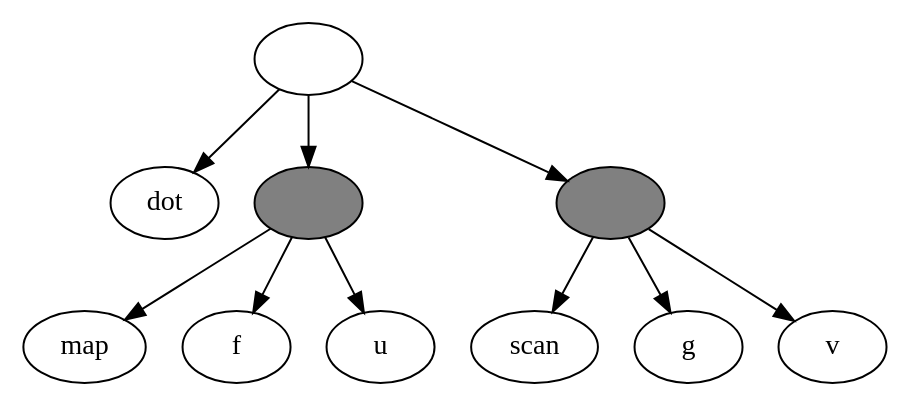
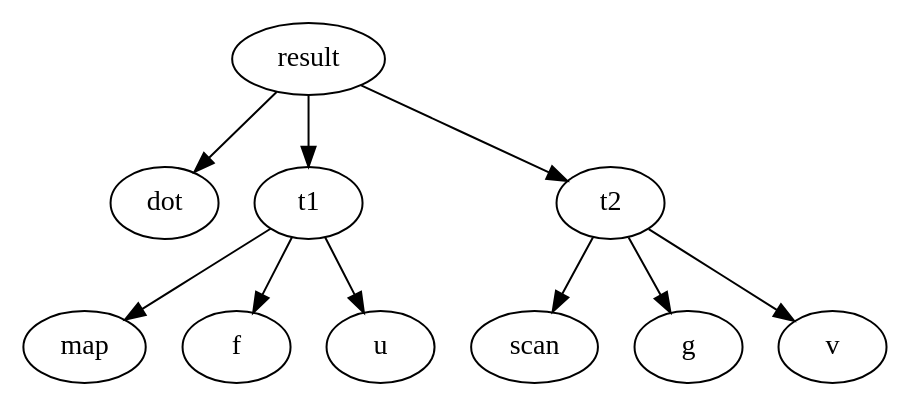
Before and after one commit to pysuxing/master-thesis: the diagram in figures/expression-tree.dot, drawn with Graphviz. The commit also changed 9 other files, not shown here.

```diff
--- a/figures/expression-tree.dot
+++ b/figures/expression-tree.dot
@@ -1,22 +1,22 @@
 digraph G {
-        root[label=""];
+        root[label="result"];
         dot;
-        t1[label="", style=filled, fillcolor=gray];
-        t2[label="", style=filled, fillcolor=gray];
+        t1;
+        t2;
         map;
         f;
         u;
         scan;
         g;
         v;
 
         root -> dot;
         root -> t1;
         root -> t2;
         t1 -> map;
         t1 -> f;
         t1 -> u;
         t2 -> scan;
         t2 -> g;
         t2 -> v;
 }
```
